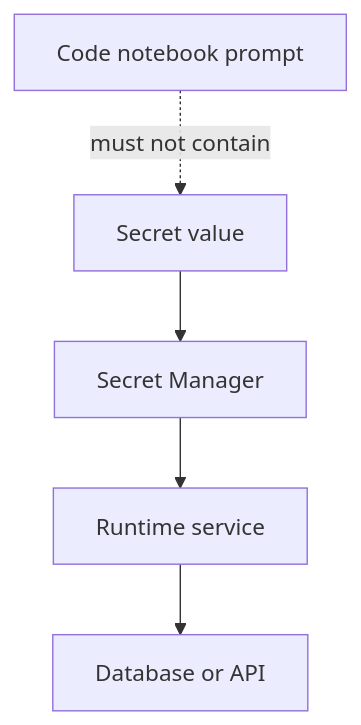
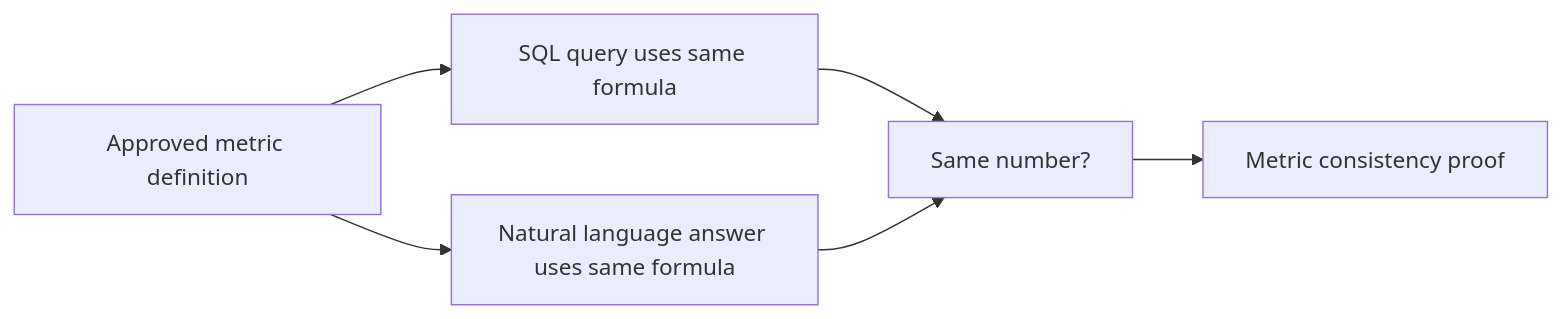
The third of 12 diagrams in day4/end-of-day-revision-and-study-pack.md (abhisheksaini333/datavalue-chain-revision-pack-daywise), drawn with Mermaid before and after one commit. The commit also changed other lines of this file, not shown here.

````diff
--- a/day4/end-of-day-revision-and-study-pack.md
+++ b/day4/end-of-day-revision-and-study-pack.md
@@ -96,7 +252,8 @@
 ```mermaid
-flowchart TD
-    Secret[Secret value] --> Manager[Secret Manager]
-    Manager --> Runtime[Runtime service]
-    Runtime --> API[Database or API]
-    Code[Code notebook prompt] -. must not contain .-> Secret
+flowchart LR
+    MetricDef[Approved metric definition] --> SQL[SQL query uses same formula]
+    MetricDef --> NL[Natural language answer uses same formula]
+    SQL --> Compare[Same number?]
+    NL --> Compare
+    Compare --> Evidence[Metric consistency proof]
 ```
````
